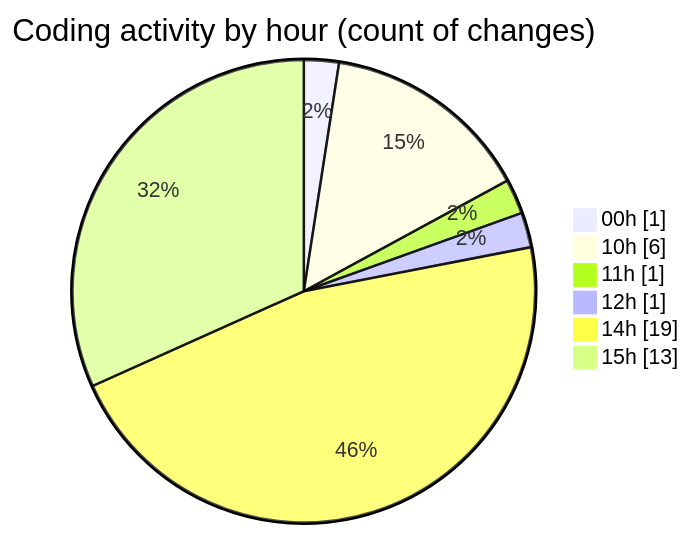
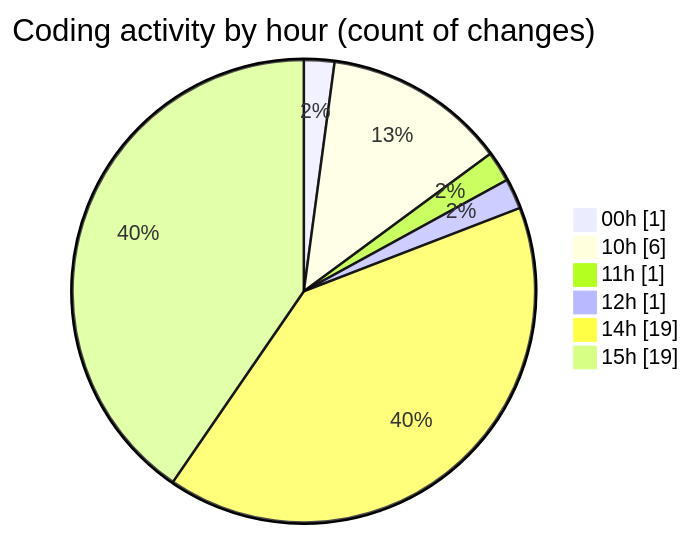
The second of 2 diagrams in 2025-07-25/cohera/README.md (JenPaints/code-tracking), drawn with Mermaid before and after one commit. The commit also changed other lines of this file and 1 other file, not shown here.

````diff
--- a/2025-07-25/cohera/README.md
+++ b/2025-07-25/cohera/README.md
@@ -40,10 +43,10 @@
 ```mermaid
 pie showData
 title Coding activity by hour (count of changes)
 "00h" : 1
 "10h" : 6
 "11h" : 1
 "12h" : 1
 "14h" : 19
-"15h" : 13
+"15h" : 19
 ```
````
